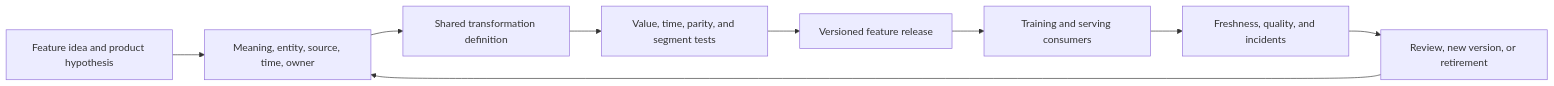
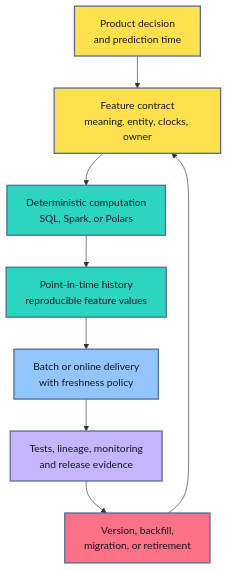
The first of 7 diagrams in roadmaps/mlops/modules/data-for-ml-systems/feature-management/01-feature-engineering-in-production.md (senlinyy/dev-roadmaps), drawn with Mermaid before and after one commit. The commit also changed other lines of this file and 198 other files, not shown here.

````diff
--- a/roadmaps/mlops/modules/data-for-ml-systems/feature-management/01-feature-engineering-in-production.md
+++ b/roadmaps/mlops/modules/data-for-ml-systems/feature-management/01-feature-engineering-in-production.md
@@ -22,11 +41,21 @@
 ```mermaid
-flowchart LR
-    Idea["Feature idea and product hypothesis"] --> Contract["Meaning, entity, source, time, owner"]
-    Contract --> Implement["Shared transformation definition"]
-    Implement --> Test["Value, time, parity, and segment tests"]
-    Test --> Release["Versioned feature release"]
-    Release --> Consume["Training and serving consumers"]
-    Consume --> Observe["Freshness, quality, and incidents"]
-    Observe --> Change["Review, new version, or retirement"]
+flowchart TD
+    Intent["Product decision<br/>and prediction time"] --> Contract["Feature contract<br/>meaning, entity, clocks, owner"]
+    Contract --> Compute["Deterministic computation<br/>SQL, Spark, or Polars"]
+    Compute --> History["Point-in-time history<br/>reproducible feature values"]
+    History --> Delivery["Batch or online delivery<br/>with freshness policy"]
+    Delivery --> Evidence["Tests, lineage, monitoring<br/>and release evidence"]
+    Evidence --> Change["Version, backfill,<br/>migration, or retirement"]
     Change --> Contract
+
+    classDef yellow fill:#FFE04F,stroke:#536A9A,color:#111827,stroke-width:2px;
+    classDef teal fill:#2DD4BF,stroke:#536A9A,color:#111827,stroke-width:2px;
+    classDef blue fill:#93C5FD,stroke:#536A9A,color:#111827,stroke-width:2px;
+    classDef pink fill:#FB7185,stroke:#536A9A,color:#111827,stroke-width:2px;
+    classDef purple fill:#C4B5FD,stroke:#536A9A,color:#111827,stroke-width:2px;
+    class Intent,Contract yellow;
+    class Compute,History teal;
+    class Delivery blue;
+    class Evidence purple;
+    class Change pink;
 ```
````
